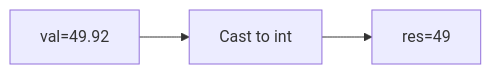
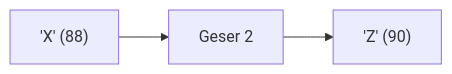
The eighth of 25 diagrams in part-c-pemahaman-cpp/01-tipe-data/latihan/set-07.md (amnahwaida/OSNK_INF_PREP), drawn with Mermaid before and after one commit. The commit also changed other lines of this file and 71 other files, not shown here.

````diff
--- a/part-c-pemahaman-cpp/01-tipe-data/latihan/set-07.md
+++ b/part-c-pemahaman-cpp/01-tipe-data/latihan/set-07.md
@@ -211,5 +222,5 @@
 ```mermaid
 graph LR
-A["val=49.92"] --> B["Cast to int"]
-B --> C["res=49"]
+A["'X' (88)"] --> B["Geser 2"]
+B --> C["'Z' (90)"]
 ```
````
